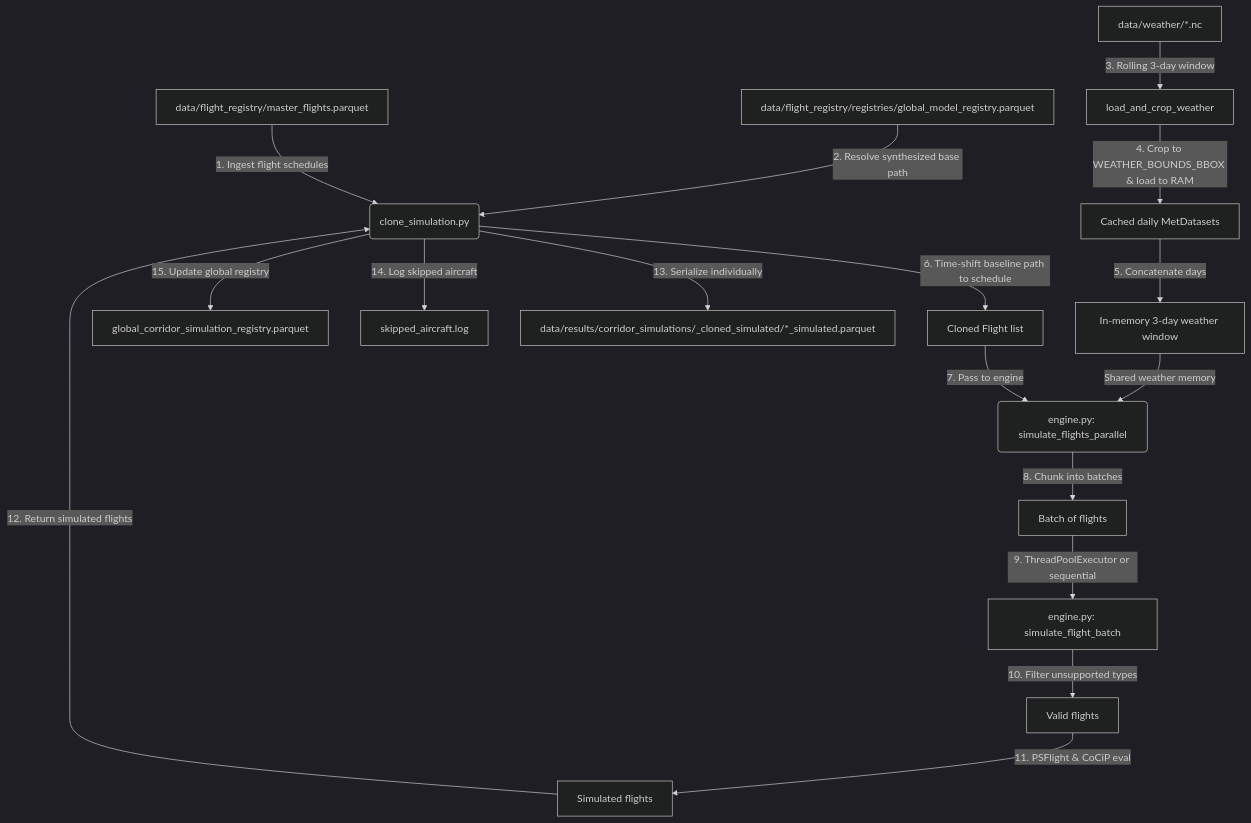
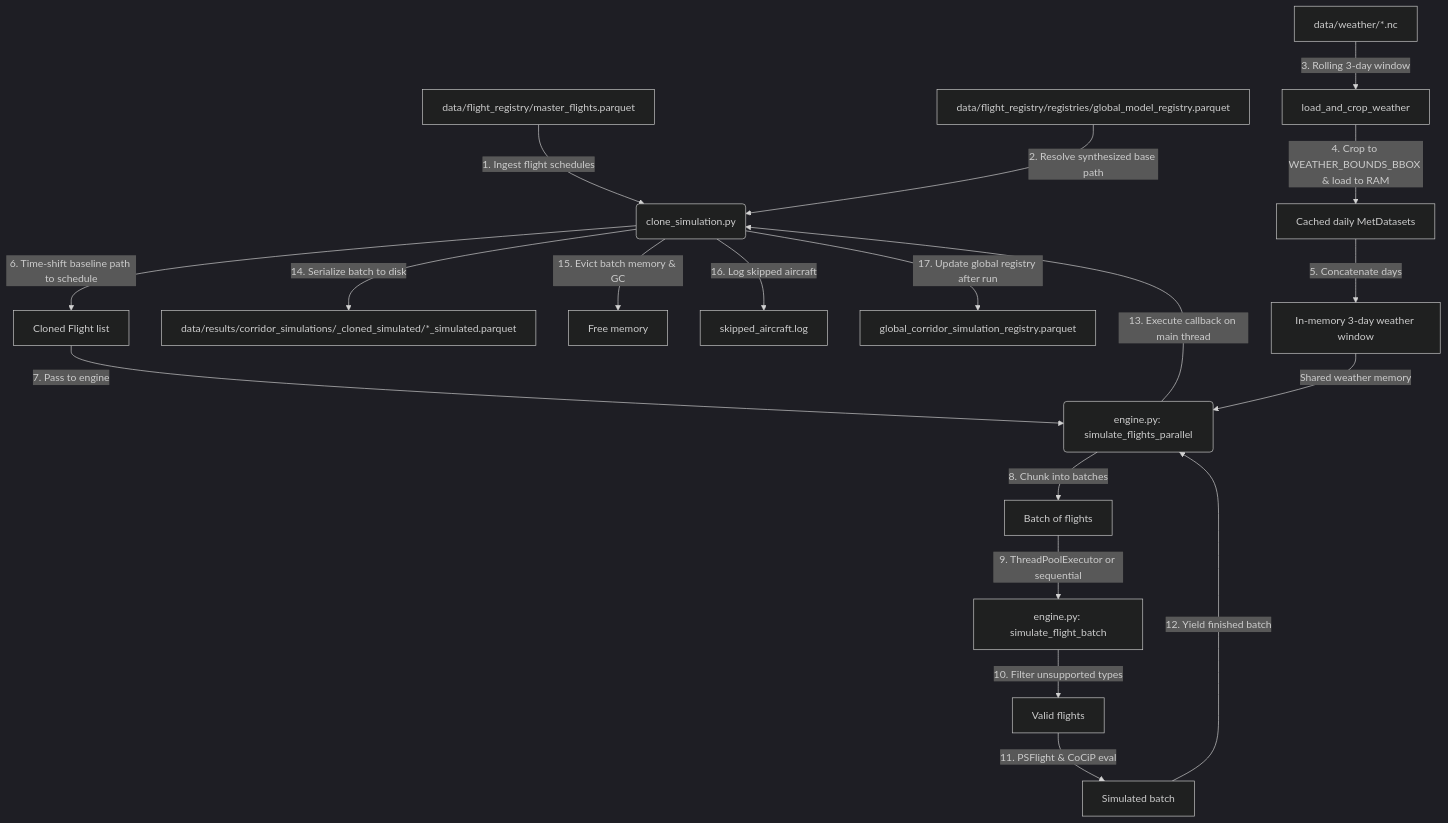
Before and after one commit to Bauzement123/flight-physics-pipeline: the second of 2 diagrams in src/core/physics/README.md, drawn with Mermaid (dark theme). The commit also changed other lines of this file and 3 other files, not shown here.

First line of the commit message:
refactor(physics): implement streaming simulation writes & memory eviction

````diff
--- a/src/core/physics/README.md
+++ b/src/core/physics/README.md
@@ -111,22 +112,24 @@
 ```mermaid
 graph TD
     A[data/flight_registry/master_flights.parquet] -->|1. Ingest flight schedules| B(clone_simulation.py)
     C[data/flight_registry/registries/global_model_registry.parquet] -->|2. Resolve synthesized base path| B
     D[data/weather/*.nc] -->|3. Rolling 3-day window| E[load_and_crop_weather]
     E -->|4. Crop to WEATHER_BOUNDS_BBOX & load to RAM| F[Cached daily MetDatasets]
     F -->|5. Concatenate days| G[In-memory 3-day weather window]
     
     B -->|6. Time-shift baseline path to schedule| H[Cloned Flight list]
     H -->|7. Pass to engine| I(engine.py: simulate_flights_parallel)
     G -->|Shared weather memory| I
     
     I -->|8. Chunk into batches| J[Batch of flights]
     J -->|9. ThreadPoolExecutor or sequential| K[engine.py: simulate_flight_batch]
     K -->|10. Filter unsupported types| L[Valid flights]
-    L -->|11. PSFlight & CoCiP eval| M[Simulated flights]
+    L -->|11. PSFlight & CoCiP eval| M[Simulated batch]
     
-    M -->|12. Return simulated flights| B
-    B -->|13. Serialize individually| N["data/results/corridor_simulations/<route>_cloned_simulated/*_simulated.parquet"]
-    B -->|14. Log skipped aircraft| O[skipped_aircraft.log]
-    B -->|15. Update global registry| P[global_corridor_simulation_registry.parquet]
+    M -->|12. Yield finished batch| I
+    I -->|13. Execute callback on main thread| B
+    B -->|14. Serialize batch to disk| N["data/results/corridor_simulations/<route>_cloned_simulated/*_simulated.parquet"]
+    B -->|15. Evict batch memory & GC| RAM[Free memory]
+    B -->|16. Log skipped aircraft| O[skipped_aircraft.log]
+    B -->|17. Update global registry after run| P[global_corridor_simulation_registry.parquet]
 ```
````
